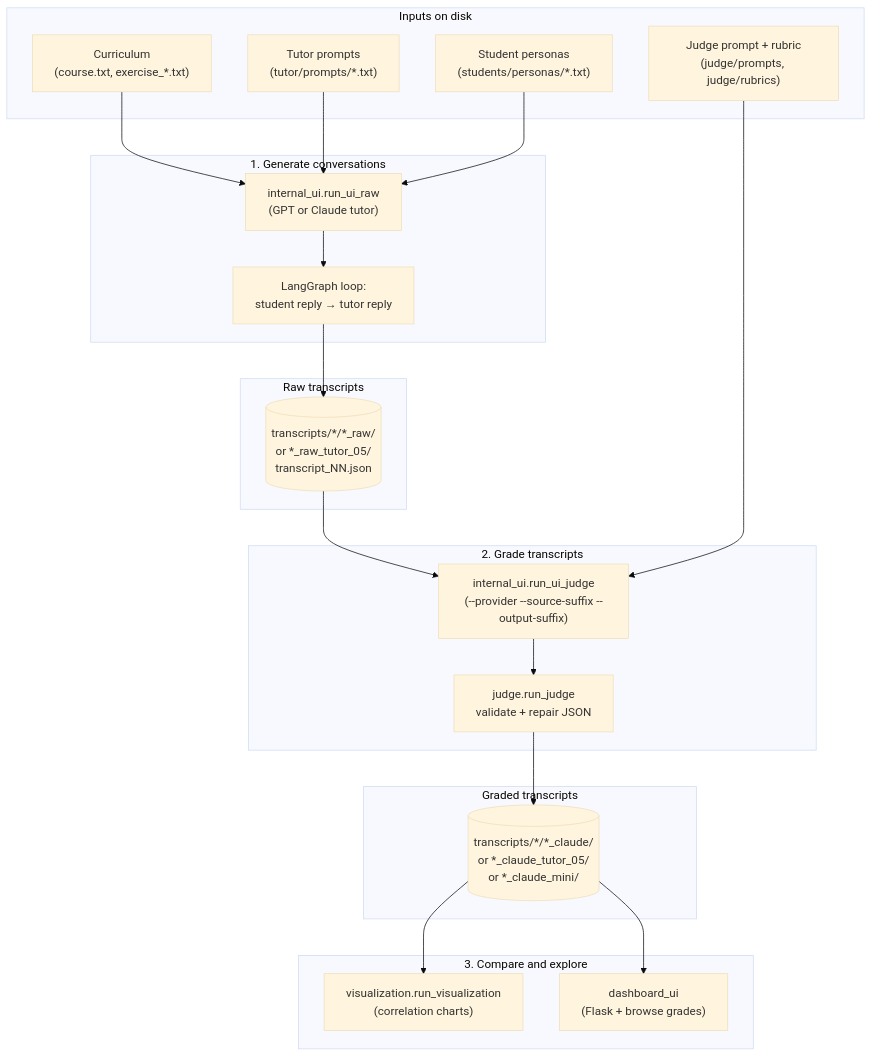
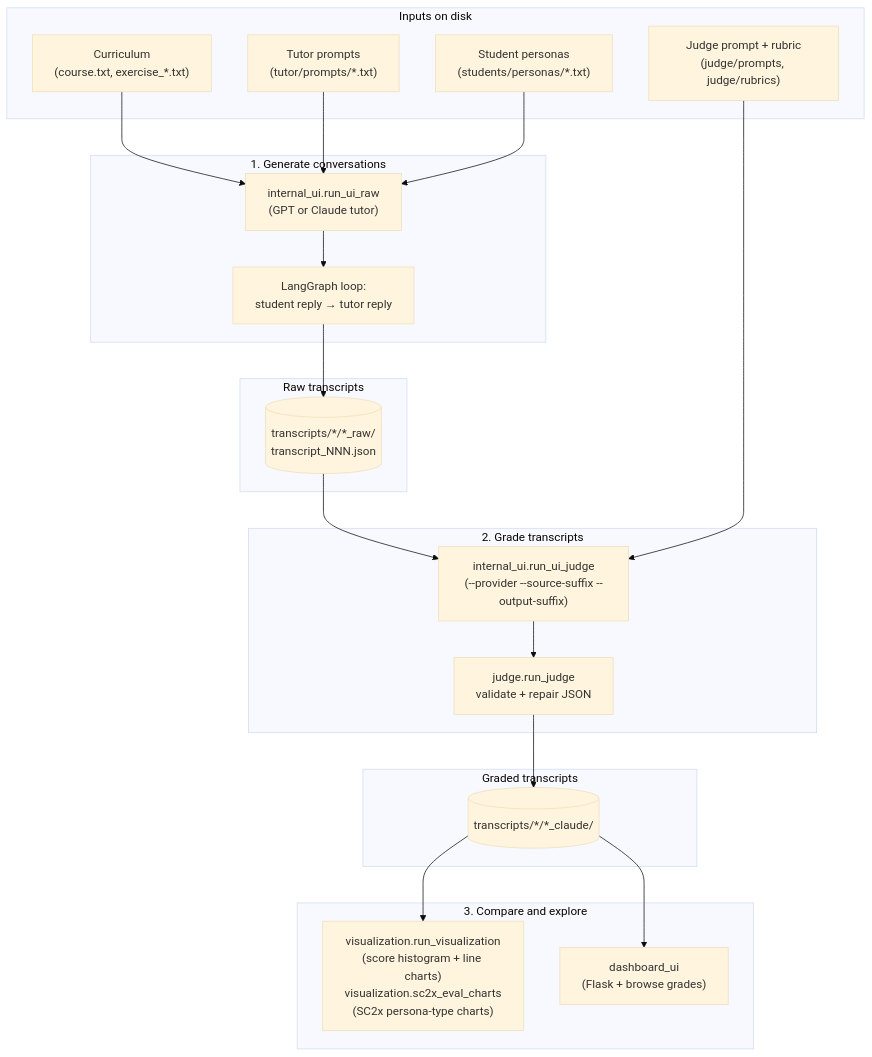
One commit to bonbon-on-fire/asktim_llm_tutor_project_2026 changed the third of 3 diagrams in README.md. Above: the diagram before and after it, drawn with Mermaid (base theme). The commit also changed other lines of this file and 7 other files, not shown here.

````diff
--- a/README.md
+++ b/README.md
@@ -166,42 +166,42 @@
 ```mermaid
 flowchart TD
     subgraph inputs["Inputs on disk"]
         CUR["Curriculum\n(course.txt, exercise_*.txt)"]
         TUT["Tutor prompts\n(tutor/prompts/*.txt)"]
         PER["Student personas\n(students/personas/*.txt)"]
         JR["Judge prompt + rubric\n(judge/prompts, judge/rubrics)"]
     end
 
     subgraph gen["1. Generate conversations"]
         UIRAW["internal_ui.run_ui_raw\n(GPT or Claude tutor)"]
         LOOP["LangGraph loop:\nstudent reply → tutor reply"]
     end
 
     subgraph rawstore["Raw transcripts"]
-        RAWF[("transcripts/*/*_raw/\nor *_raw_tutor_05/\ntranscript_NN.json")]
+        RAWF[("transcripts/*/*_raw/\ntranscript_NNN.json")]
     end
 
     subgraph judge["2. Grade transcripts"]
         UIJ["internal_ui.run_ui_judge\n(--provider --source-suffix --output-suffix)"]
         JG["judge.run_judge\nvalidate + repair JSON"]
     end
 
     subgraph gradedstore["Graded transcripts"]
-        GF[("transcripts/*/*_claude/\nor *_claude_tutor_05/\nor *_claude_mini/")]
+        GF[("transcripts/*/*_claude/")]
     end
 
     subgraph view["3. Compare and explore"]
-        VIZ["visualization.run_visualization\n(correlation charts)"]
+        VIZ["visualization.run_visualization\n(score histogram + line charts)\nvisualization.sc2x_eval_charts\n(SC2x persona-type charts)"]
         DASH["dashboard_ui\n(Flask + browse grades)"]
     end
 
     CUR --> UIRAW
     TUT --> UIRAW
     PER --> UIRAW
     UIRAW --> LOOP --> RAWF
     RAWF --> UIJ
     JR --> UIJ
     UIJ --> JG --> GF
     GF --> VIZ
     GF --> DASH
 ```
````
